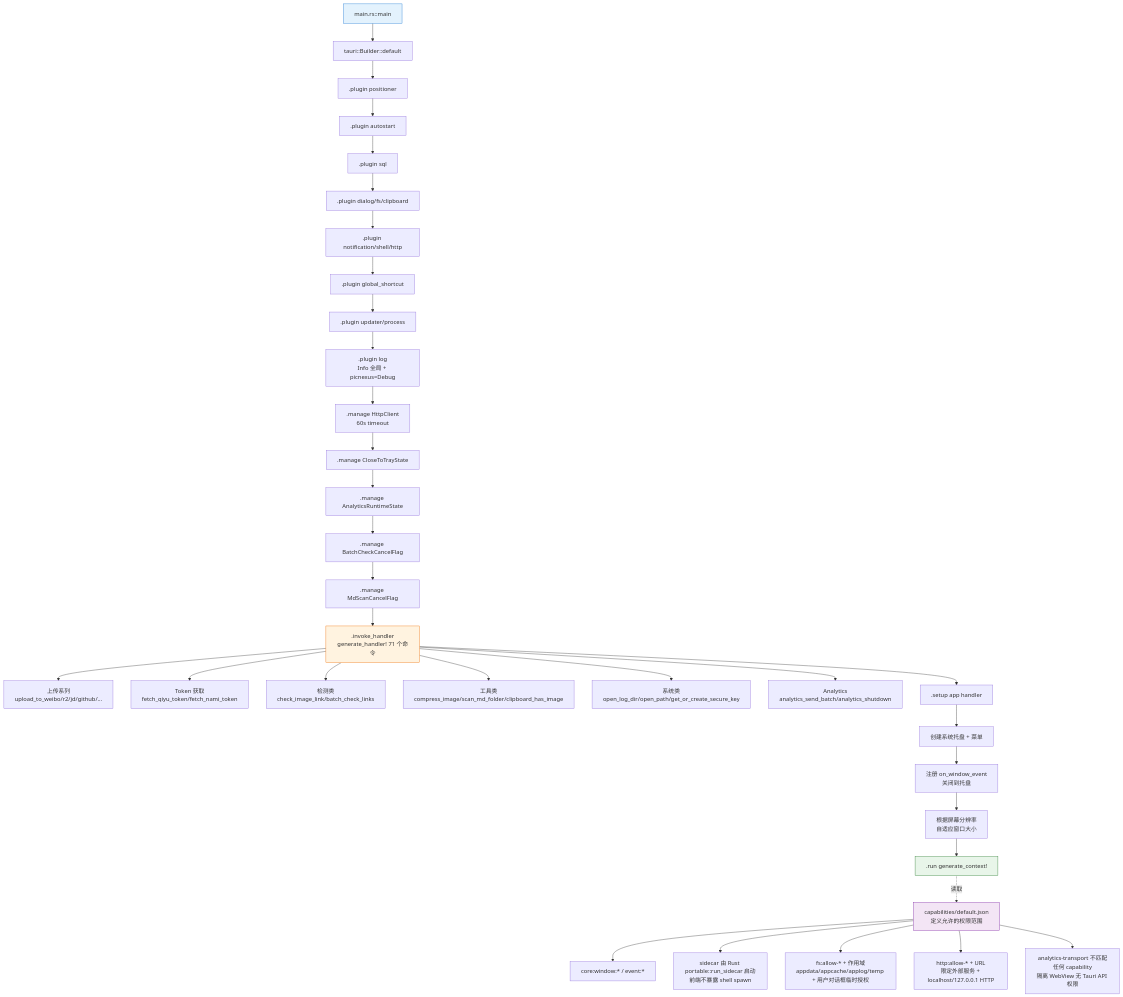
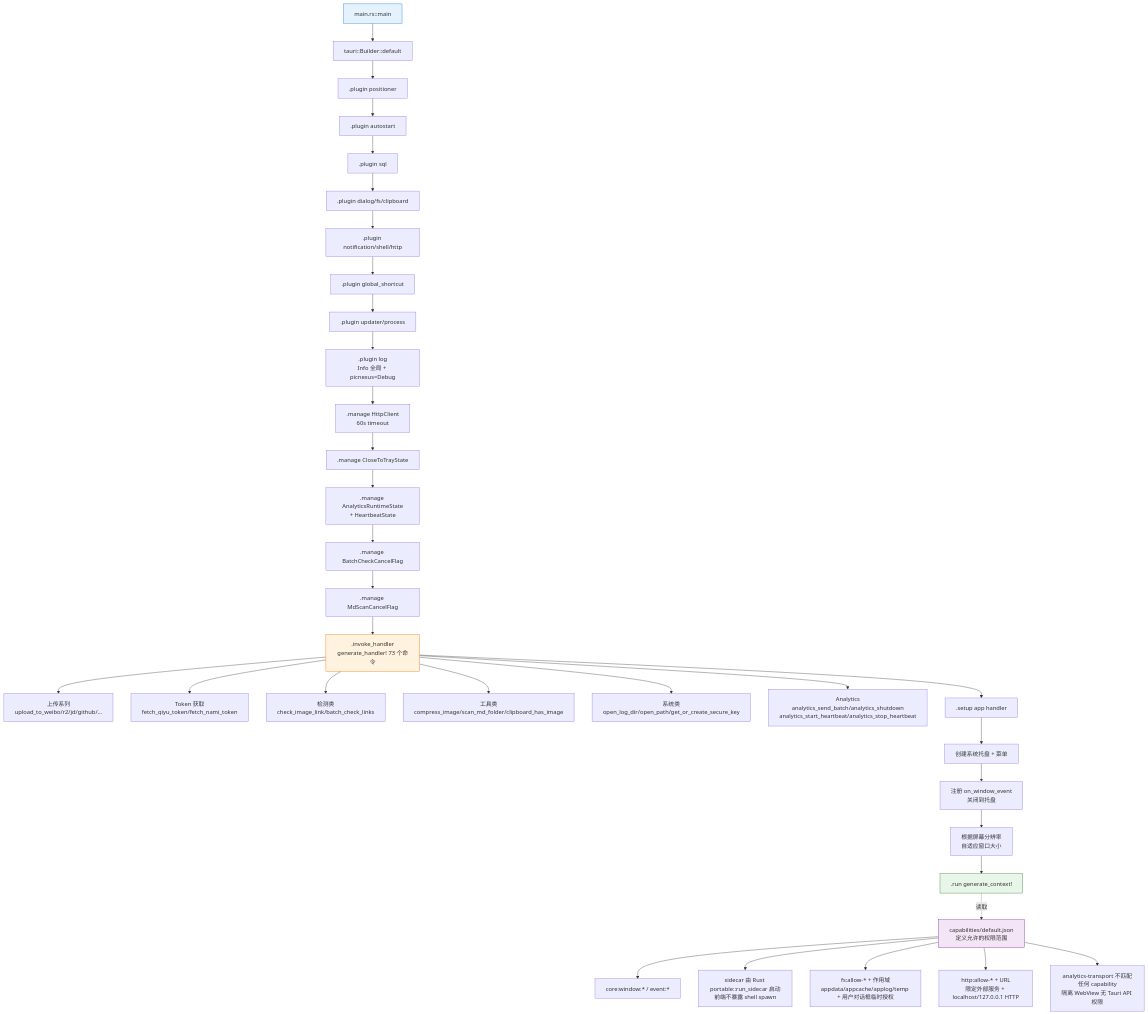
One commit to joeyliu6/PicNexus changed the first of 5 diagrams in docs/flows/ipc-command-flow.md. Above: the diagram before and after it, drawn with Mermaid. The commit also changed other lines of this file and 2 other files, not shown here.

Commit message:
docs(analytics): document the online heartbeat commands
Command count 71 -> 73, plus the reasoning behind giving the heartbeat
its own transport instead of reusing the isolated WebView.

Also corrects composables.md, which claimed no GA4 API secret is kept
in the desktop client. That stopped being true once the heartbeat
started talking to the Measurement Protocol directly.

````diff
--- a/docs/flows/ipc-command-flow.md
+++ b/docs/flows/ipc-command-flow.md
@@ -19,50 +19,50 @@
 ```mermaid
 flowchart TD
     A[main.rs::main] --> B[tauri::Builder::default]
 
     %% 插件链
     B --> P1[.plugin positioner]
     P1 --> P2[.plugin autostart]
     P2 --> P3[.plugin sql]
     P3 --> P4[.plugin dialog/fs/clipboard]
     P4 --> P5[.plugin notification/shell/http]
     P5 --> P6[.plugin global_shortcut]
     P6 --> P7[.plugin updater/process]
     P7 --> P8[.plugin log<br/>Info 全局 + picnexus=Debug]
 
     %% 全局状态
     P8 --> M1[.manage HttpClient<br/>60s timeout]
     M1 --> M2[.manage CloseToTrayState]
-    M2 --> M3[.manage AnalyticsRuntimeState]
+    M2 --> M3[.manage AnalyticsRuntimeState<br/>+ HeartbeatState]
     M3 --> M4[.manage BatchCheckCancelFlag]
     M4 --> M5[.manage MdScanCancelFlag]
 
     %% 命令注册
-    M5 --> H[.invoke_handler<br/>generate_handler! 71 个命令]
+    M5 --> H[.invoke_handler<br/>generate_handler! 73 个命令]
     H --> H1[上传系列<br/>upload_to_weibo/r2/jd/github/...]
     H --> H2[Token 获取<br/>fetch_qiyu_token/fetch_nami_token]
     H --> H3[检测类<br/>check_image_link/batch_check_links]
     H --> H4[工具类<br/>compress_image/scan_md_folder/clipboard_has_image]
     H --> H5[系统类<br/>open_log_dir/open_path/get_or_create_secure_key]
-    H --> H6[Analytics<br/>analytics_send_batch/analytics_shutdown]
+    H --> H6[Analytics<br/>analytics_send_batch/analytics_shutdown<br/>analytics_start_heartbeat/analytics_stop_heartbeat]
 
     %% Setup 回调
     H --> S[.setup app handler]
     S --> S1[创建系统托盘 + 菜单]
     S1 --> S2[注册 on_window_event<br/>关闭到托盘]
     S2 --> S3[根据屏幕分辨率<br/>自适应窗口大小]
     S3 --> R[.run generate_context!]
 
     %% 权限校验
     R -.读取.-> CAP[capabilities/default.json<br/>定义允许的权限范围]
     CAP --> CAP1[core:window:* / event:*]
     CAP --> CAP2[sidecar 由 Rust portable::run_sidecar 启动<br/>前端不暴露 shell spawn]
     CAP --> CAP3[fs:allow-* + 作用域<br/>appdata/appcache/applog/temp + 用户对话框临时授权]
     CAP --> CAP4[http:allow-* + URL<br/>限定外部服务 + localhost/127.0.0.1 HTTP]
     CAP --> CAP5[analytics-transport 不匹配任何 capability<br/>隔离 WebView 无 Tauri API 权限]
 
     style A fill:#e3f2fd,stroke:#1976d2
     style H fill:#fff3e0,stroke:#ef6c00
     style R fill:#e8f5e9,stroke:#2e7d32
     style CAP fill:#f3e5f5,stroke:#7b1fa2
 ```
````
